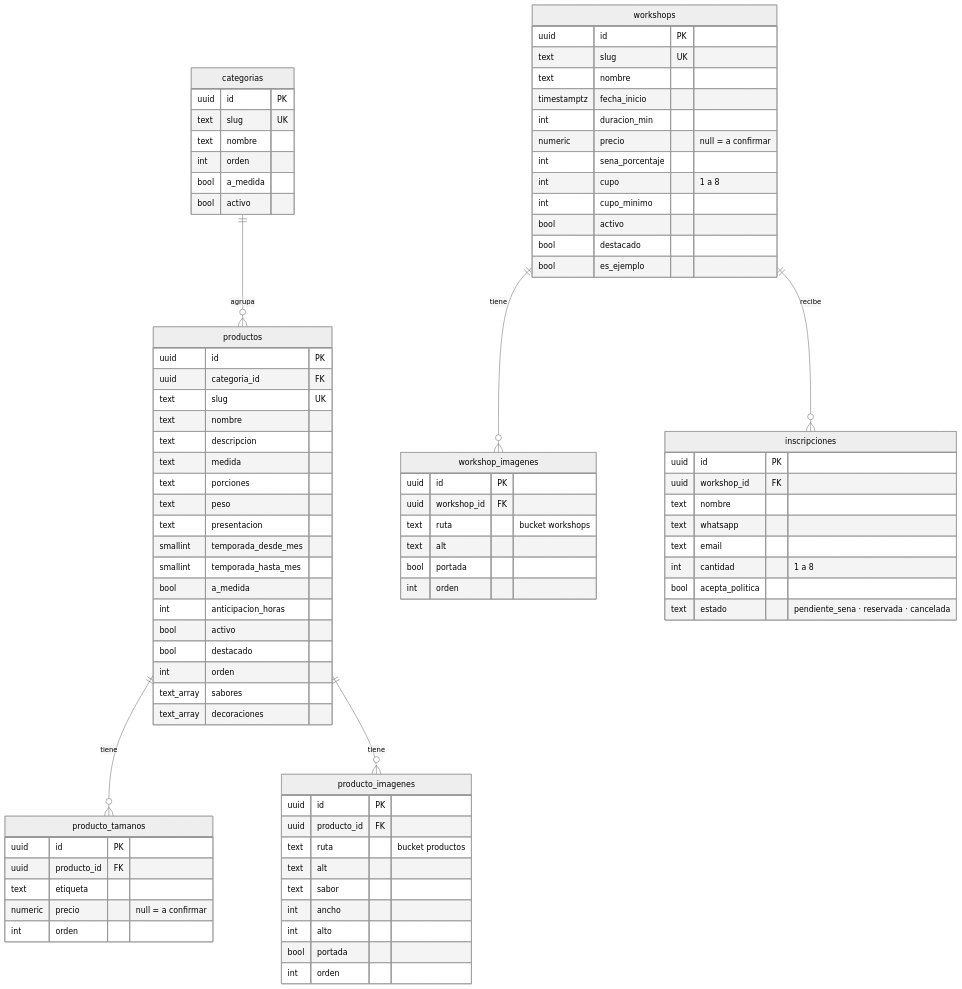
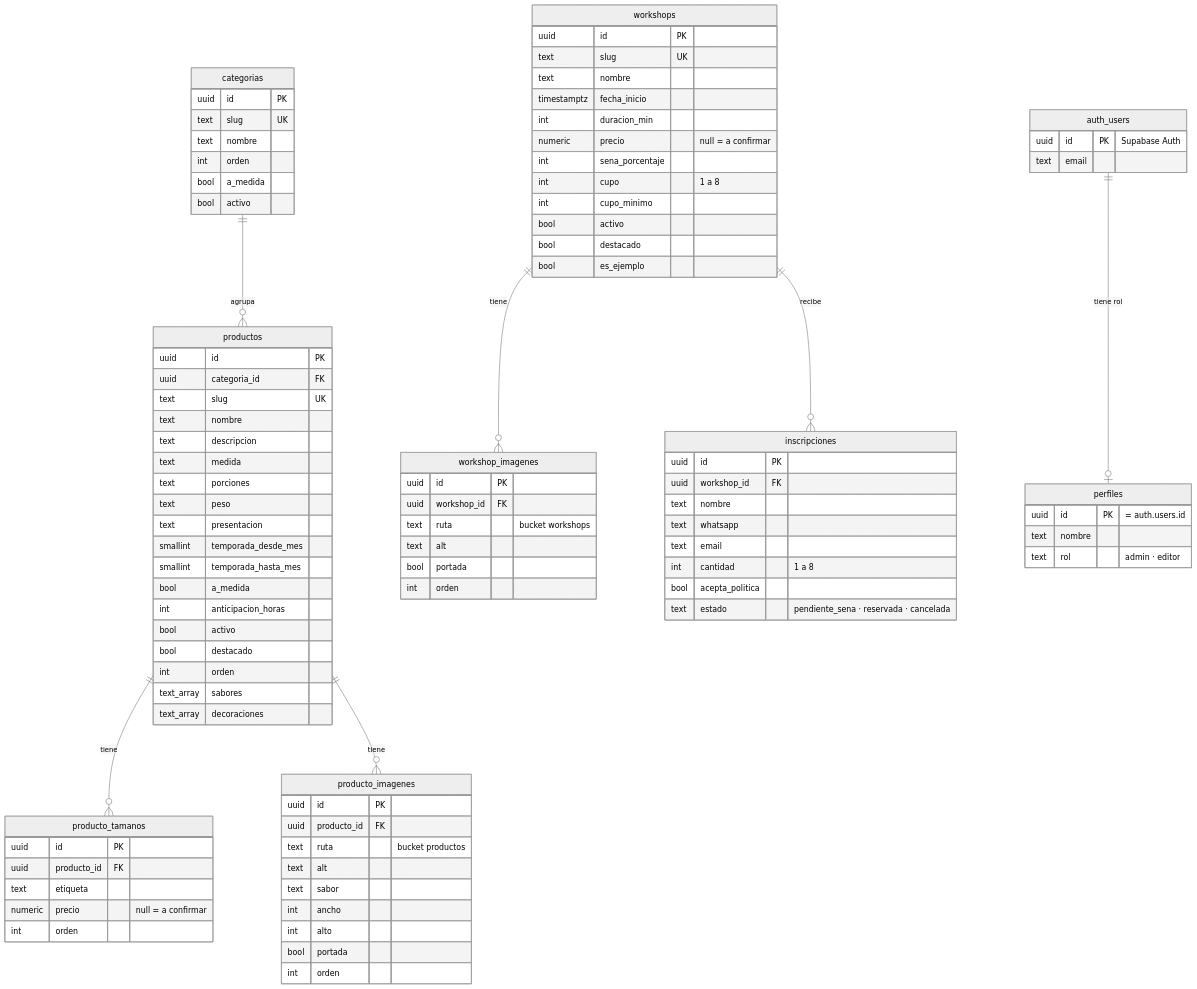
Before and after one commit to trevisancata/home-bakery: the diagram in docs/modelo-de-datos.md, drawn with Mermaid (neutral theme). The commit also changed other lines of this file and 2 other files, not shown here.

First line of the commit message:
docs: seguridad del panel, permisos por rol y cómo crear la admin

```diff
--- a/docs/modelo-de-datos.md
+++ b/docs/modelo-de-datos.md
@@ -11,6 +14,7 @@
   productos ||--o{ producto_imagenes : "tiene"
   workshops ||--o{ workshop_imagenes : "tiene"
   workshops ||--o{ inscripciones : "recibe"
+  auth_users ||--o| perfiles : "tiene rol"
 
   categorias {
     uuid id PK
@@ -80,6 +84,15 @@
     bool portada
     int orden
   }
+  auth_users {
+    uuid id PK "Supabase Auth"
+    text email
+  }
+  perfiles {
+    uuid id PK "= auth.users.id"
+    text nombre
+    text rol "admin · editor"
+  }
   inscripciones {
     uuid id PK
     uuid workshop_id FK
```
